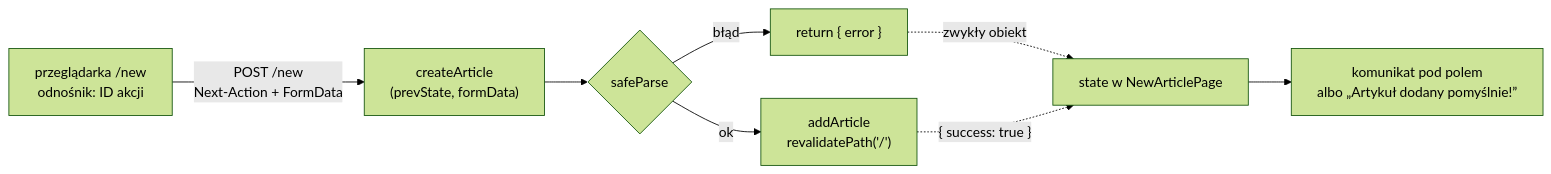
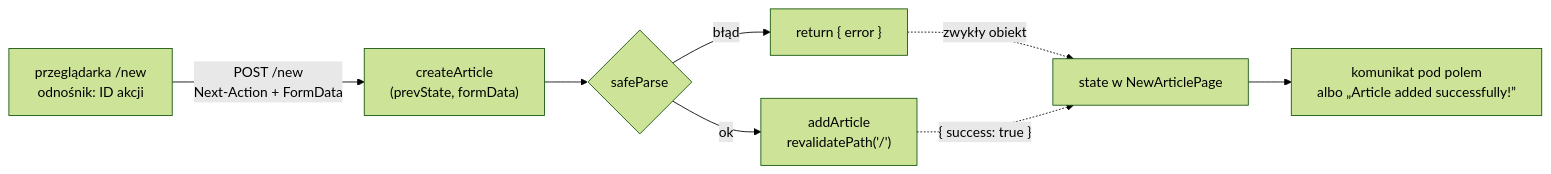
One commit to mmiotk/frontend-development-ug changed the diagram in lecture05/slides/slide_07_server-action-i-formularz.md. Above: the diagram before and after it, drawn with Mermaid (forest theme). The commit also changed other lines of this file and 27 other files, not shown here.

````diff
--- a/lecture05/slides/slide_07_server-action-i-formularz.md
+++ b/lecture05/slides/slide_07_server-action-i-formularz.md
@@ -147,11 +147,11 @@
 ```mermaid
 %%{init: {"flowchart": {"wrappingWidth": 360}}}%%
 flowchart LR
     B["przeglądarka /new<br/>odnośnik: ID akcji"] -- "POST /new<br/>Next-Action + FormData" --> A["createArticle<br/>(prevState, formData)"]
     A --> V{"safeParse"}
     V -- "błąd" --> E["return { error }"]
     V -- "ok" --> S["addArticle<br/>revalidatePath('/')"]
     E -. "zwykły obiekt" .-> ST["state w NewArticlePage"]
     S -. "{ success: true }" .-> ST
-    ST --> M["komunikat pod polem<br/>albo „Artykuł dodany pomyślnie!”"]
+    ST --> M["komunikat pod polem<br/>albo „Article added successfully!”"]
 ```
````
